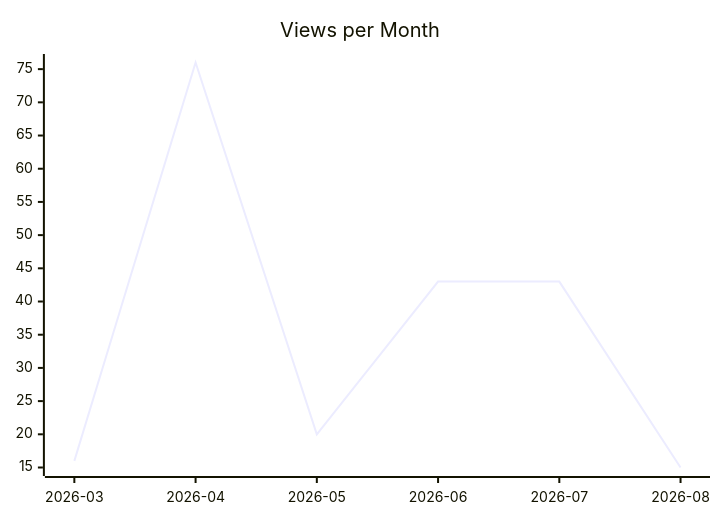
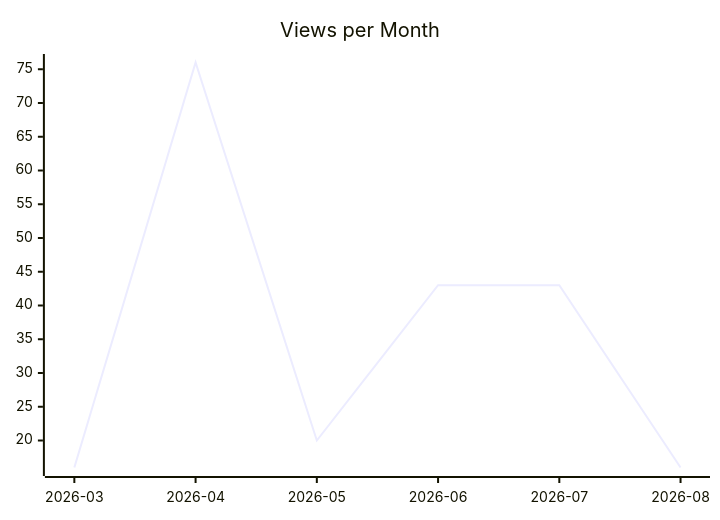
Before and after one commit to justdavis-family/github-analytics-data: the second of 3 diagrams in karlmdavis/ksoap2-android/README.md, drawn with Mermaid. The commit also changed other lines of this file and 172 other files, not shown here.

````diff
--- a/karlmdavis/ksoap2-android/README.md
+++ b/karlmdavis/ksoap2-android/README.md
@@ -12,6 +12,6 @@
 ```mermaid
 xychart-beta
   title "Views per Month"
   x-axis ["2026-03", "2026-04", "2026-05", "2026-06", "2026-07", "2026-08"]
-  line [16, 76, 20, 43, 43, 15]
+  line [16, 76, 20, 43, 43, 16]
 ```
````
